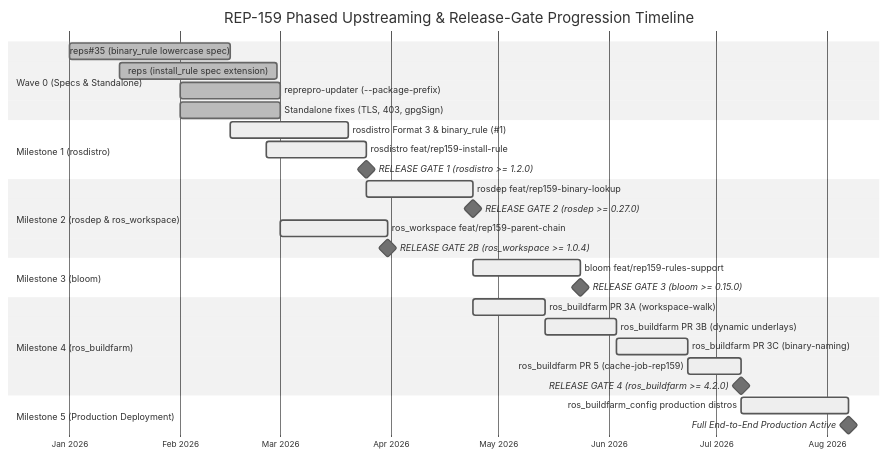
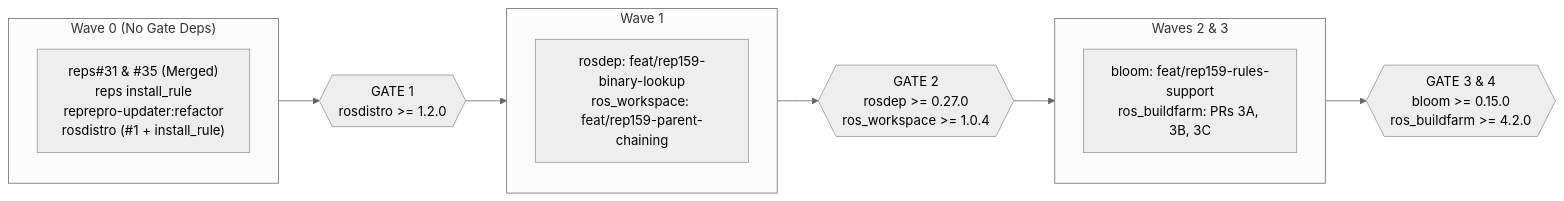
One commit to KmoM88/rep159-testing changed the sixth of 6 diagrams in TOPOLOGICAL_TESTING_EVIDENCE_GIST.md. Above: the diagram before and after it, drawn with Mermaid (neutral theme). The commit also changed other lines of this file and 22 other files, not shown here.

Commit message:
Consolidate table/diagram docs, adopt jrivero commits, update Stage 1-3 testfarm evidence, and sanitize local endpoints

````diff
--- a/TOPOLOGICAL_TESTING_EVIDENCE_GIST.md
+++ b/TOPOLOGICAL_TESTING_EVIDENCE_GIST.md
@@ -475,38 +189,15 @@
 ```mermaid
-gantt
-    title REP-159 Phased Upstreaming & Release-Gate Progression Timeline
-    dateFormat YYYY-MM-DD
-    axisFormat %b %Y
-
-    section Wave 0 (Specs & Standalone)
-    reps#35 (binary_rule lowercase spec)    :done, m0_reps, 2026-01-01, 2026-02-15
-    reps (install_rule spec extension)      :done, m0_reps_inst, 2026-01-15, 2026-02-28
-    reprepro-updater (--package-prefix)     :done, m0_reprepro, 2026-02-01, 2026-03-01
-    Standalone fixes (TLS, 403, gpgSign)    :done, m0_fixes, 2026-02-01, 2026-03-01
-
-    section Milestone 1 (rosdistro)
-    rosdistro Format 3 & binary_rule (#1)   :active, m1_rd_pr, 2026-02-15, 2026-03-20
-    rosdistro feat/rep159-install-rule      :active, m1_inst_pr, 2026-02-25, 2026-03-25
-    RELEASE GATE 1 (rosdistro >= 1.2.0)     :milestone, m1_gate, 2026-03-25, 0d
-
-    section Milestone 2 (rosdep & ros_workspace)
-    rosdep feat/rep159-binary-lookup        :active, m2_rdep, after m1_gate, 30d
-    RELEASE GATE 2 (rosdep >= 0.27.0)       :milestone, m2_gate, after m2_rdep, 0d
-    ros_workspace feat/rep159-parent-chain  :active, m2_ws, 2026-03-01, 2026-03-31
-    RELEASE GATE 2B (ros_workspace >= 1.0.4):milestone, m2b_gate, after m2_ws, 0d
-
-    section Milestone 3 (bloom)
-    bloom feat/rep159-rules-support         :active, m3_bloom, after m2_gate, 30d
-    RELEASE GATE 3 (bloom >= 0.15.0)        :milestone, m3_gate, after m3_bloom, 0d
-
-    section Milestone 4 (ros_buildfarm)
-    ros_buildfarm PR 3A (workspace-walk)    :active, m4_3a, after m2_gate, 20d
-    ros_buildfarm PR 3B (dynamic underlays) :active, m4_3b, after m4_3a, 20d
-    ros_buildfarm PR 3C (binary-naming)     :active, m4_3c, after m4_3b, 20d
-    ros_buildfarm PR 5 (cache-job-rep159)   :active, m4_cache, after m4_3c, 15d
-    RELEASE GATE 4 (ros_buildfarm >= 4.2.0) :milestone, m4_gate, after m4_cache, 0d
-
-    section Milestone 5 (Production Deployment)
-    ros_buildfarm_config production distros :active, m5_config, after m4_gate, 30d
-    Full End-to-End Production Active       :milestone, m5_active, after m5_config, 0d
+flowchart LR
+    subgraph W0 ["Wave 0 (No Gate Deps)"]
+        R0["reps#31 & #35 (Merged)<br/>reps install_rule<br/>reprepro-updater:refactor<br/>rosdistro (#1 + install_rule)"]
+    end
+    W0 --> G1{{"GATE 1<br/>rosdistro >= 1.2.0"}}
+    subgraph W1 ["Wave 1"]
+        R1["rosdep: feat/rep159-binary-lookup<br/>ros_workspace: feat/rep159-parent-chaining"]
+    end
+    G1 --> W1 --> G2{{"GATE 2<br/>rosdep >= 0.27.0<br/>ros_workspace >= 1.0.4"}}
+    subgraph W23 ["Waves 2 & 3"]
+        R2["bloom: feat/rep159-rules-support<br/>ros_buildfarm: PRs 3A, 3B, 3C"]
+    end
+    G2 --> W23 --> G4{{"GATE 3 & 4<br/>bloom >= 0.15.0<br/>ros_buildfarm >= 4.2.0"}}
 ```
````
